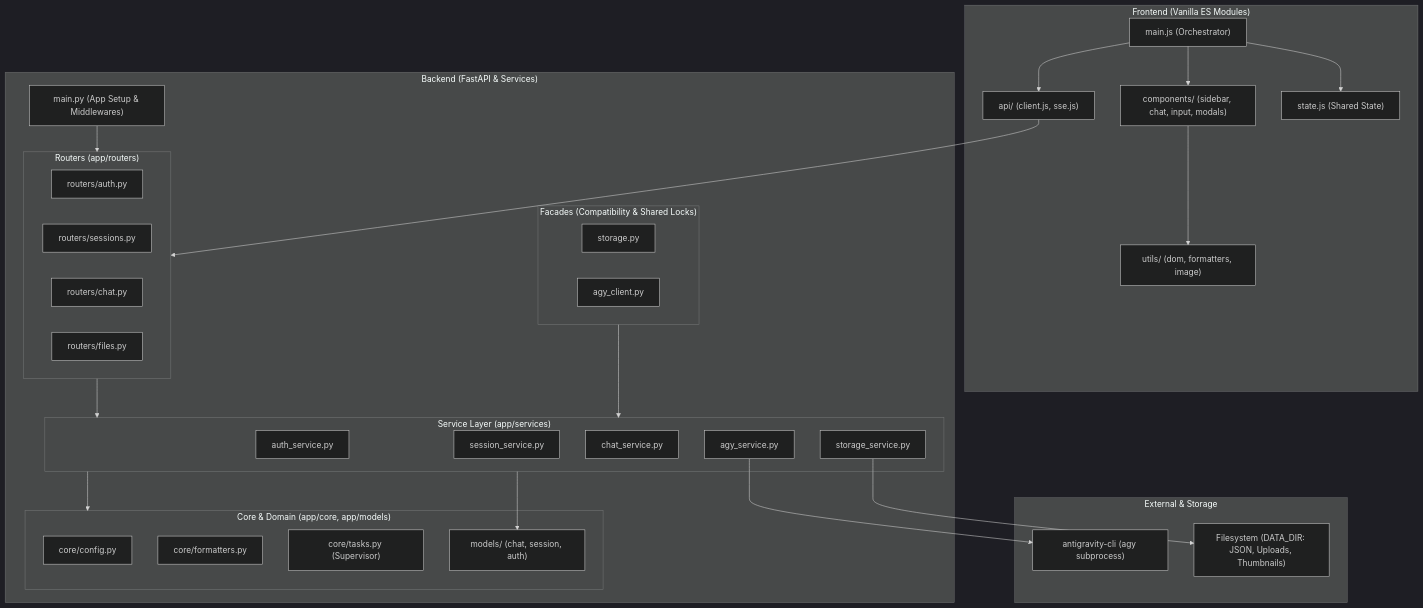
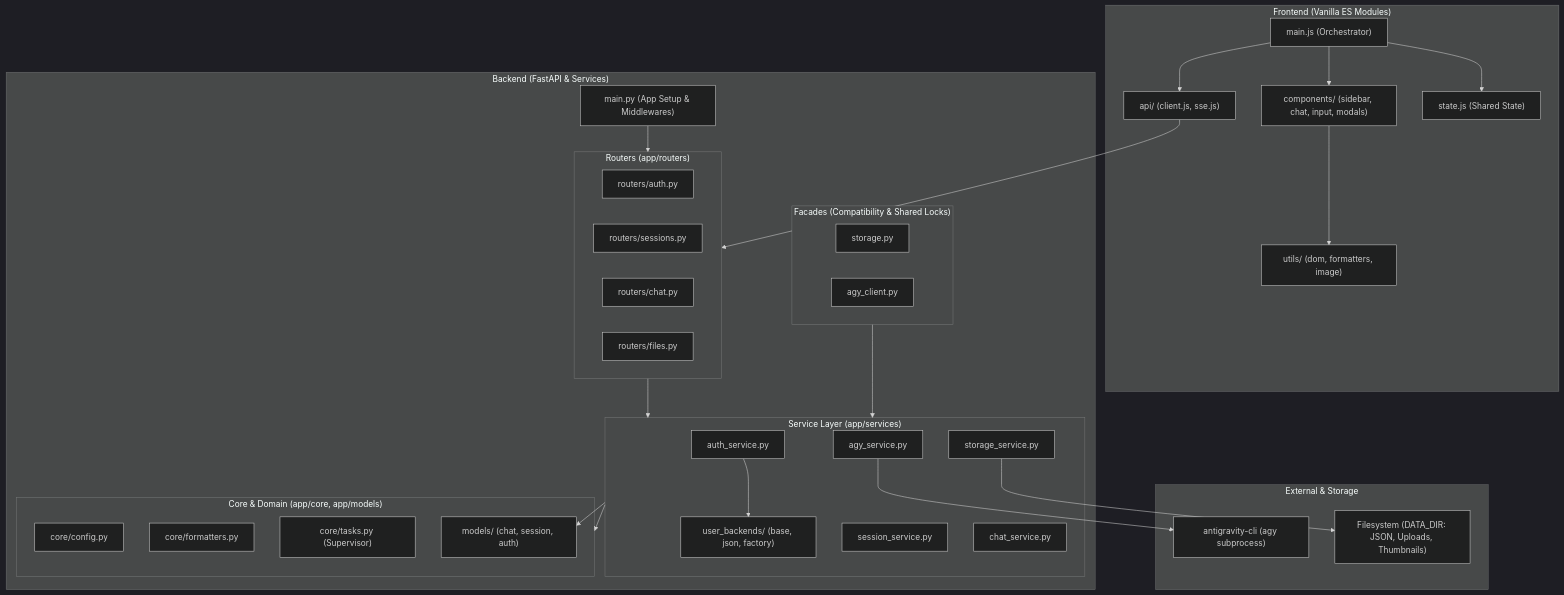
Before and after one commit to peez80/rememberbot: the diagram in docs/architecture.md, drawn with Mermaid (dark theme). The commit also changed other lines of this file and 95 other files, not shown here.

````diff
--- a/docs/architecture.md
+++ b/docs/architecture.md
@@ -9,59 +9,61 @@
 ```mermaid
 graph TD
     subgraph Frontend ["Frontend (Vanilla ES Modules)"]
         UI_Main["main.js (Orchestrator)"]
         UI_Components["components/ (sidebar, chat, input, modals)"]
         UI_API["api/ (client.js, sse.js)"]
         UI_Utils["utils/ (dom, formatters, image)"]
         UI_State["state.js (Shared State)"]
         UI_Main --> UI_Components
         UI_Main --> UI_API
         UI_Main --> UI_State
         UI_Components --> UI_Utils
     end
 
     subgraph Backend ["Backend (FastAPI & Services)"]
         AppEntry["main.py (App Setup & Middlewares)"]
         
         subgraph Routers ["Routers (app/routers)"]
             R_Auth["routers/auth.py"]
             R_Sessions["routers/sessions.py"]
             R_Chat["routers/chat.py"]
             R_Files["routers/files.py"]
         end
 
         subgraph Facades ["Facades (Compatibility & Shared Locks)"]
             F_Storage["storage.py"]
             F_AGY["agy_client.py"]
         end
 
         subgraph Services ["Service Layer (app/services)"]
             S_Auth["auth_service.py"]
+            S_UB["user_backends/ (base, json, factory)"]
             S_Session["session_service.py"]
             S_Chat["chat_service.py"]
             S_AGY["agy_service.py"]
             S_Storage["storage_service.py"]
+            S_Auth --> S_UB
         end
 
         subgraph Core ["Core & Domain (app/core, app/models)"]
             C_Config["core/config.py"]
             C_Formatters["core/formatters.py"]
             C_Tasks["core/tasks.py (Supervisor)"]
             M_Domain["models/ (chat, session, auth)"]
         end
     end
 
     subgraph External ["External & Storage"]
         CLI["antigravity-cli (agy subprocess)"]
         Disk["Filesystem (DATA_DIR: JSON, Uploads, Thumbnails)"]
     end
 
     UI_API --> Routers
     AppEntry --> Routers
     Routers --> Services
     Facades --> Services
     Services --> Core
     Services --> M_Domain
     S_AGY --> CLI
     S_Storage --> Disk
 ```
````
